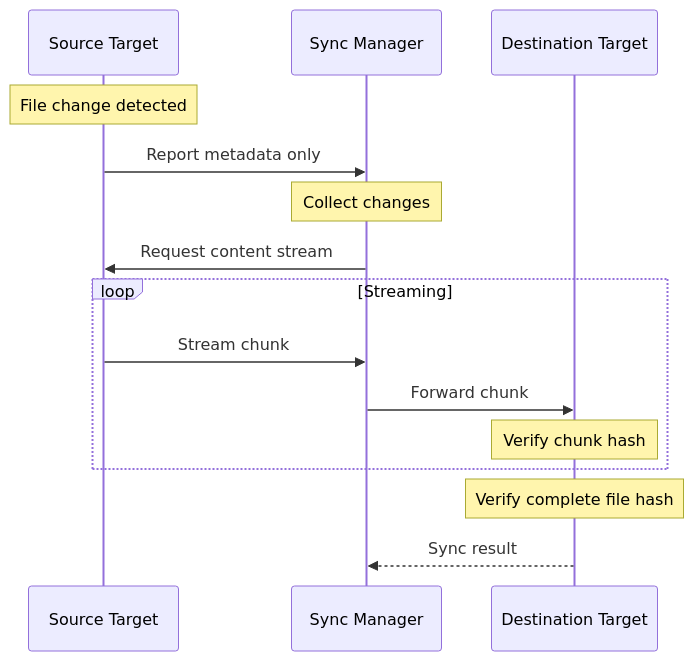
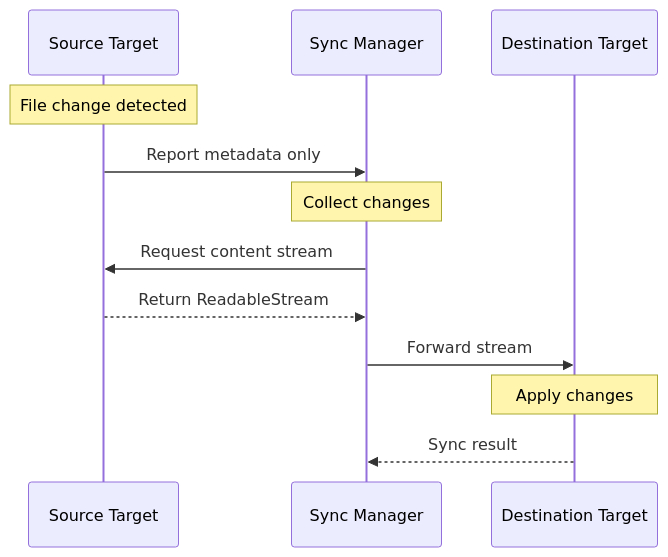
One commit to mrsimpson/piddie changed diagram 15 of 15 in packages/files-management/README.md. Above: the diagram before and after it, drawn with Mermaid. The commit also changed other lines of this file and 1 other file, not shown here.

Commit message:
docs: Progress-indication and streaming

````diff
--- a/packages/files-management/README.md
+++ b/packages/files-management/README.md
@@ -460,21 +567,17 @@
 ```mermaid
 sequenceDiagram
     participant ST as Source Target
     participant SM as Sync Manager
     participant DT as Destination Target
 
     Note over ST: File change detected
     ST->>SM: Report metadata only
     Note over SM: Collect changes
 
     SM->>ST: Request content stream
+    ST-->>SM: Return ReadableStream
+    SM->>DT: Forward stream
+    Note over DT: Apply changes
 
-    loop Streaming
-        ST->>SM: Stream chunk
-        SM->>DT: Forward chunk
-        Note over DT: Verify chunk hash
-    end
-
-    Note over DT: Verify complete file hash
     DT-->>SM: Sync result
 ```
````
